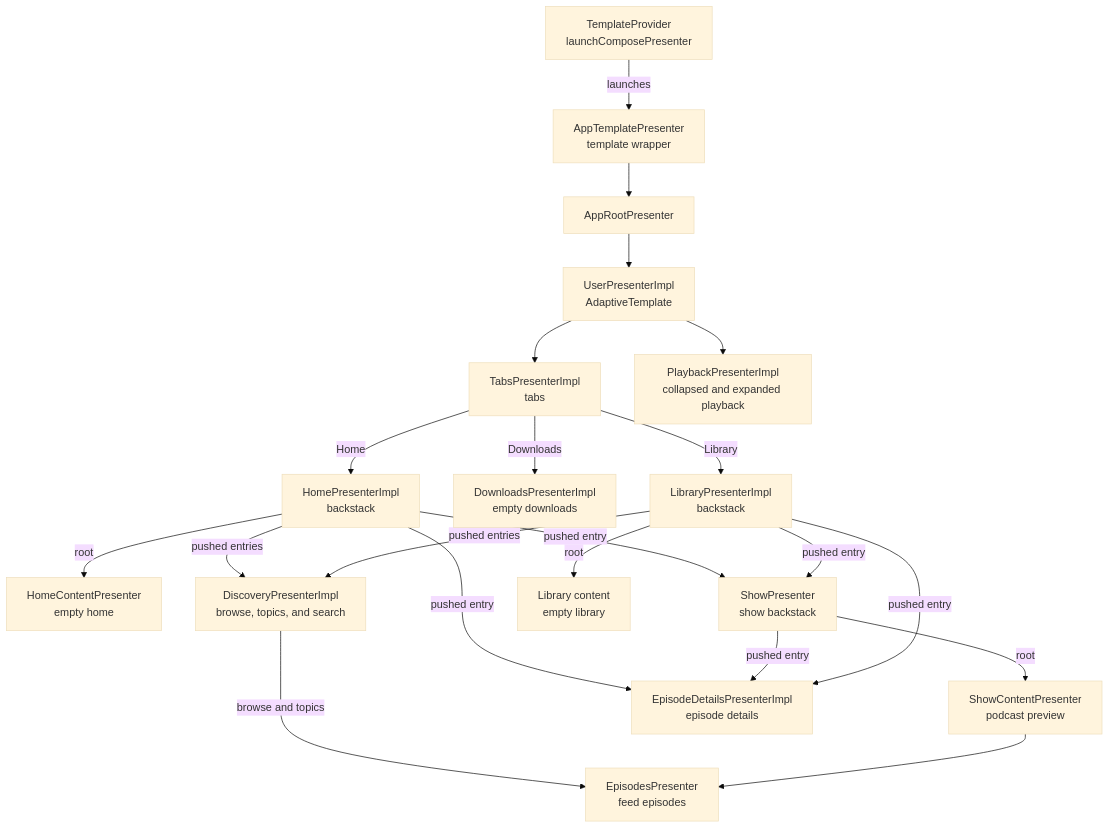
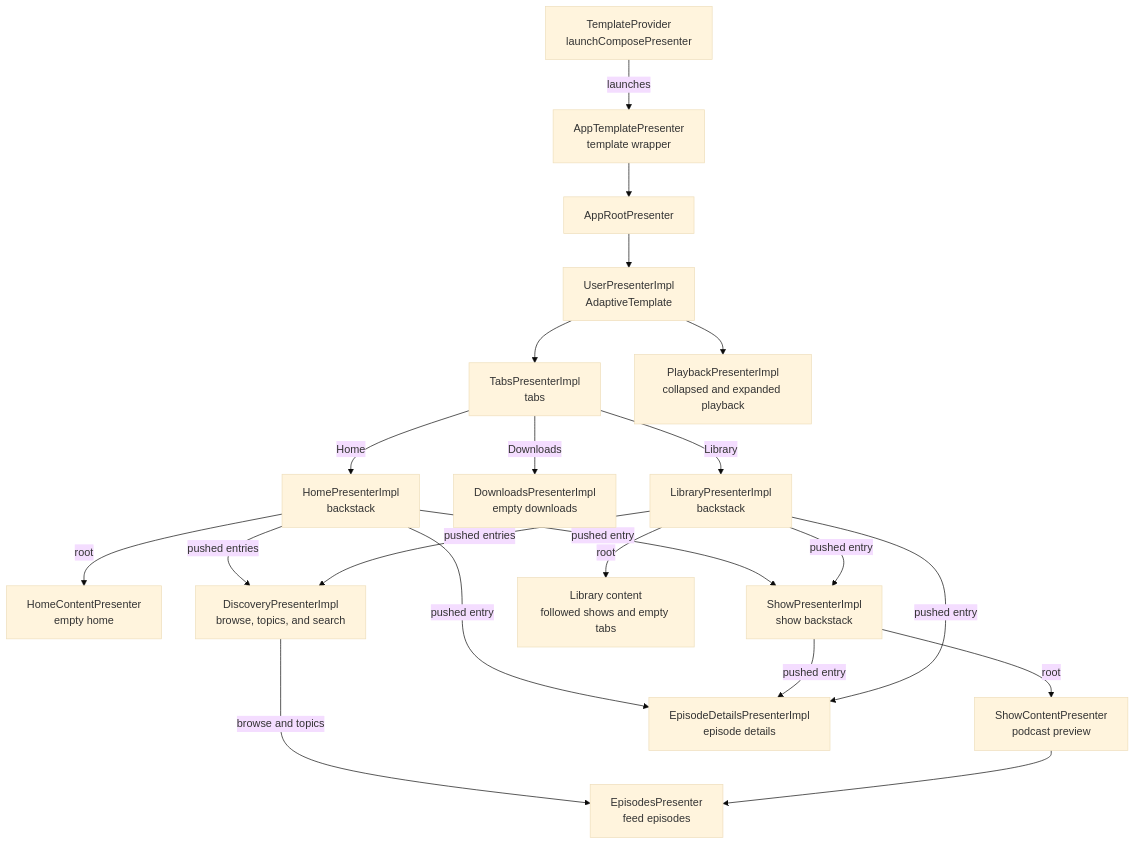
The diagram in docs/presenter-hierarchy.md (vRallev/storymile), drawn with Mermaid (base theme) before and after one commit. The commit also changed other lines of this file and 74 other files, not shown here.

First line of the commit message:
Show followed podcasts in Library

````diff
--- a/docs/presenter-hierarchy.md
+++ b/docs/presenter-hierarchy.md
@@ -8,40 +8,40 @@
 ```mermaid
 flowchart TD
   TemplateProvider["TemplateProvider\nlaunchComposePresenter"]
   AppTemplatePresenter["AppTemplatePresenter\ntemplate wrapper"]
   AppRootPresenter["AppRootPresenter"]
   UserPresenter["UserPresenterImpl\nAdaptiveTemplate"]
   HomePresenter["HomePresenterImpl\nbackstack"]
   HomeContentPresenter["HomeContentPresenter\nempty home"]
   DiscoveryPresenterImpl["DiscoveryPresenterImpl\nbrowse, topics, and search"]
-  ShowPresenter["ShowPresenter\nshow backstack"]
+  ShowPresenter["ShowPresenterImpl\nshow backstack"]
   ShowContentPresenter["ShowContentPresenter\npodcast preview"]
   EpisodeDetailsPresenter["EpisodeDetailsPresenterImpl\nepisode details"]
   EpisodesPresenter["EpisodesPresenter\nfeed episodes"]
   DownloadsPresenter["DownloadsPresenterImpl\nempty downloads"]
   TabsPresenter["TabsPresenterImpl\ntabs"]
   LibraryPresenter["LibraryPresenterImpl\nbackstack"]
-  LibraryContent["Library content\nempty library"]
+  LibraryContent["Library content\nfollowed shows and empty tabs"]
   PlaybackPresenter["PlaybackPresenterImpl\ncollapsed and expanded playback"]
 
   TemplateProvider -->|launches| AppTemplatePresenter
   AppTemplatePresenter --> AppRootPresenter
   AppRootPresenter --> UserPresenter
   UserPresenter --> TabsPresenter
   TabsPresenter -->|Home| HomePresenter
   HomePresenter -->|root| HomeContentPresenter
   HomePresenter -->|pushed entries| DiscoveryPresenterImpl
   HomePresenter -->|pushed entry| ShowPresenter
   HomePresenter -->|pushed entry| EpisodeDetailsPresenter
   DiscoveryPresenterImpl -->|browse and topics| EpisodesPresenter
   ShowPresenter -->|root| ShowContentPresenter
   ShowPresenter -->|pushed entry| EpisodeDetailsPresenter
   ShowContentPresenter --> EpisodesPresenter
   TabsPresenter -->|Library| LibraryPresenter
   LibraryPresenter -->|root| LibraryContent
   LibraryPresenter -->|pushed entries| DiscoveryPresenterImpl
   LibraryPresenter -->|pushed entry| ShowPresenter
   LibraryPresenter -->|pushed entry| EpisodeDetailsPresenter
   TabsPresenter -->|Downloads| DownloadsPresenter
   UserPresenter --> PlaybackPresenter
 ```
````
